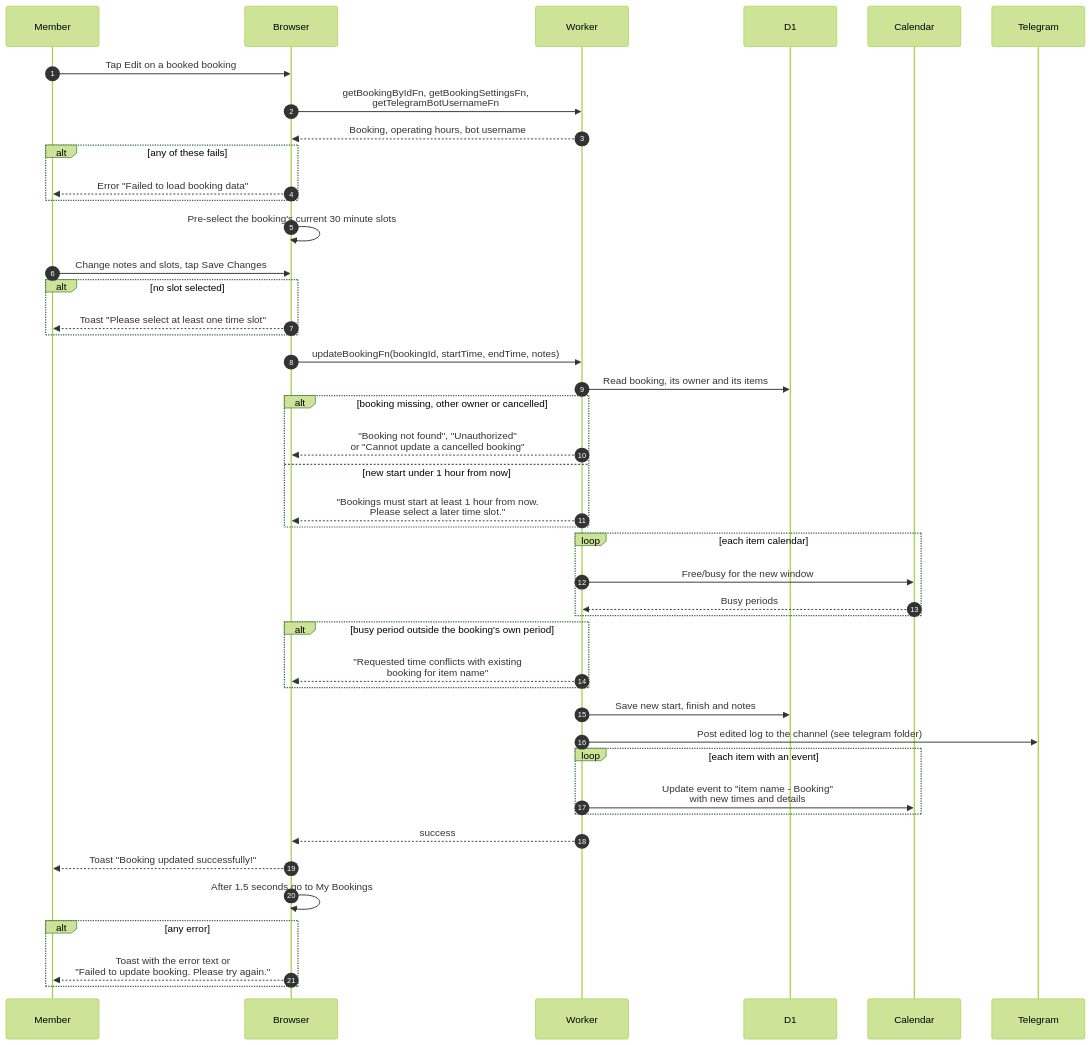
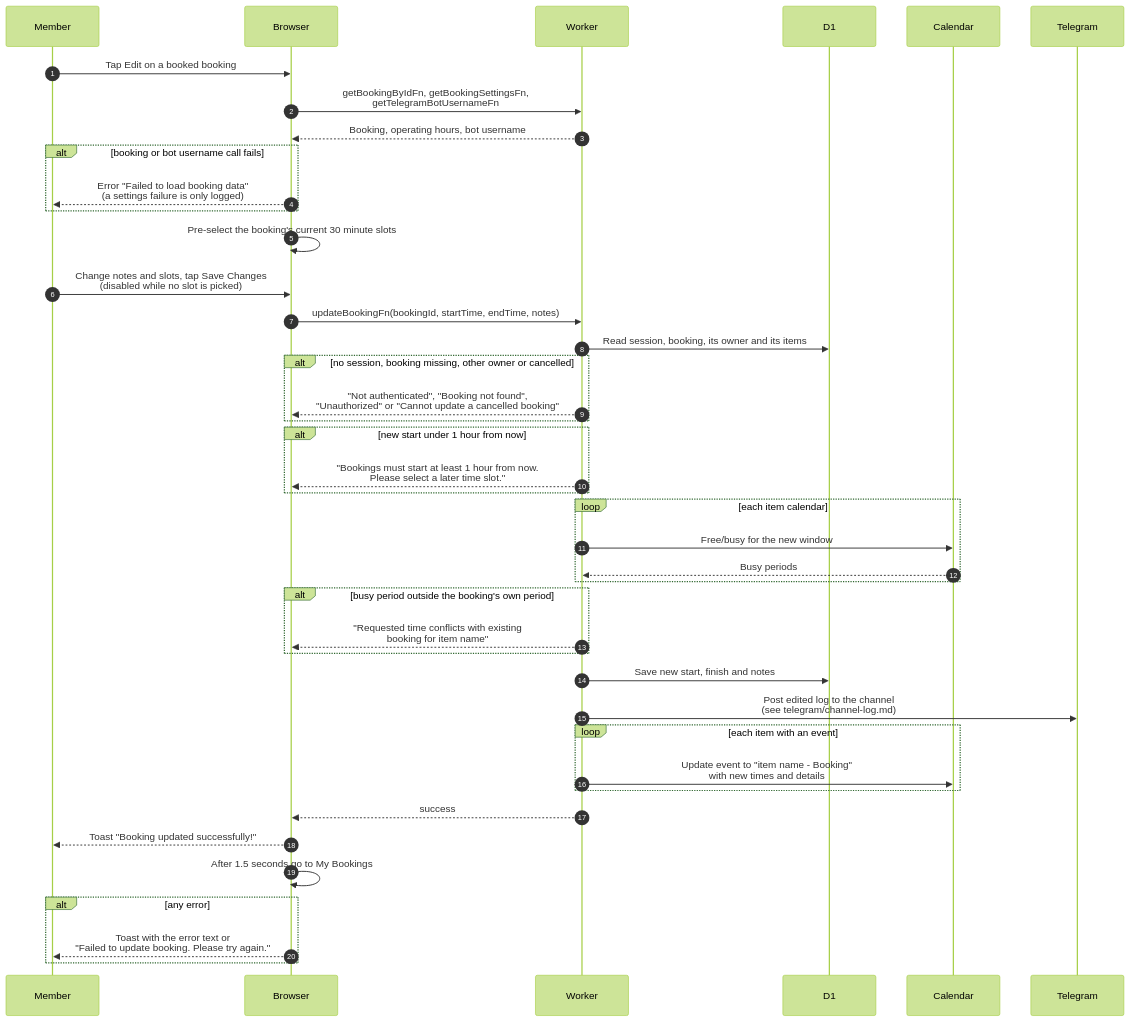
The diagram in docs/scenarios/bookings/edit-booking.md (sagyzdop/meriksirat), drawn with Mermaid (forest theme) before and after one commit. The commit also changed other lines of this file and 17 other files, not shown here.

Commit message:
docs(scenarios): verify bookings diagrams against the code

````diff
--- a/docs/scenarios/bookings/edit-booking.md
+++ b/docs/scenarios/bookings/edit-booking.md
@@ -34,46 +42,44 @@
 ```mermaid
 sequenceDiagram
     autonumber
     participant M as Member
     participant B as Browser
     participant W as Worker
     participant D as D1
     participant C as Calendar
     participant T as Telegram
     M->>B: Tap Edit on a booked booking
     B->>W: getBookingByIdFn, getBookingSettingsFn,<br/>getTelegramBotUsernameFn
     W-->>B: Booking, operating hours, bot username
-    alt any of these fails
-        B-->>M: Error "Failed to load booking data"
+    alt booking or bot username call fails
+        B-->>M: Error "Failed to load booking data"<br/>(a settings failure is only logged)
     end
     B->>B: Pre-select the booking's current 30 minute slots
-    M->>B: Change notes and slots, tap Save Changes
-    alt no slot selected
-        B-->>M: Toast "Please select at least one time slot"
+    M->>B: Change notes and slots, tap Save Changes<br/>(disabled while no slot is picked)
+    B->>W: updateBookingFn(bookingId, startTime, endTime, notes)
+    W->>D: Read session, booking, its owner and its items
+    alt no session, booking missing, other owner or cancelled
+        W-->>B: "Not authenticated", "Booking not found",<br/>"Unauthorized" or "Cannot update a cancelled booking"
     end
-    B->>W: updateBookingFn(bookingId, startTime, endTime, notes)
-    W->>D: Read booking, its owner and its items
-    alt booking missing, other owner or cancelled
-        W-->>B: "Booking not found", "Unauthorized"<br/>or "Cannot update a cancelled booking"
-    else new start under 1 hour from now
+    alt new start under 1 hour from now
         W-->>B: "Bookings must start at least 1 hour from now.<br/>Please select a later time slot."
     end
     loop each item calendar
         W->>C: Free/busy for the new window
         C-->>W: Busy periods
     end
     alt busy period outside the booking's own period
         W-->>B: "Requested time conflicts with existing<br/>booking for item name"
     end
     W->>D: Save new start, finish and notes
-    W->>T: Post edited log to the channel (see telegram folder)
+    W->>T: Post edited log to the channel<br/>(see telegram/channel-log.md)
     loop each item with an event
         W->>C: Update event to "item name - Booking"<br/>with new times and details
     end
     W-->>B: success
     B-->>M: Toast "Booking updated successfully!"
     B->>B: After 1.5 seconds go to My Bookings
     alt any error
         B-->>M: Toast with the error text or<br/>"Failed to update booking. Please try again."
     end
 ```
````
